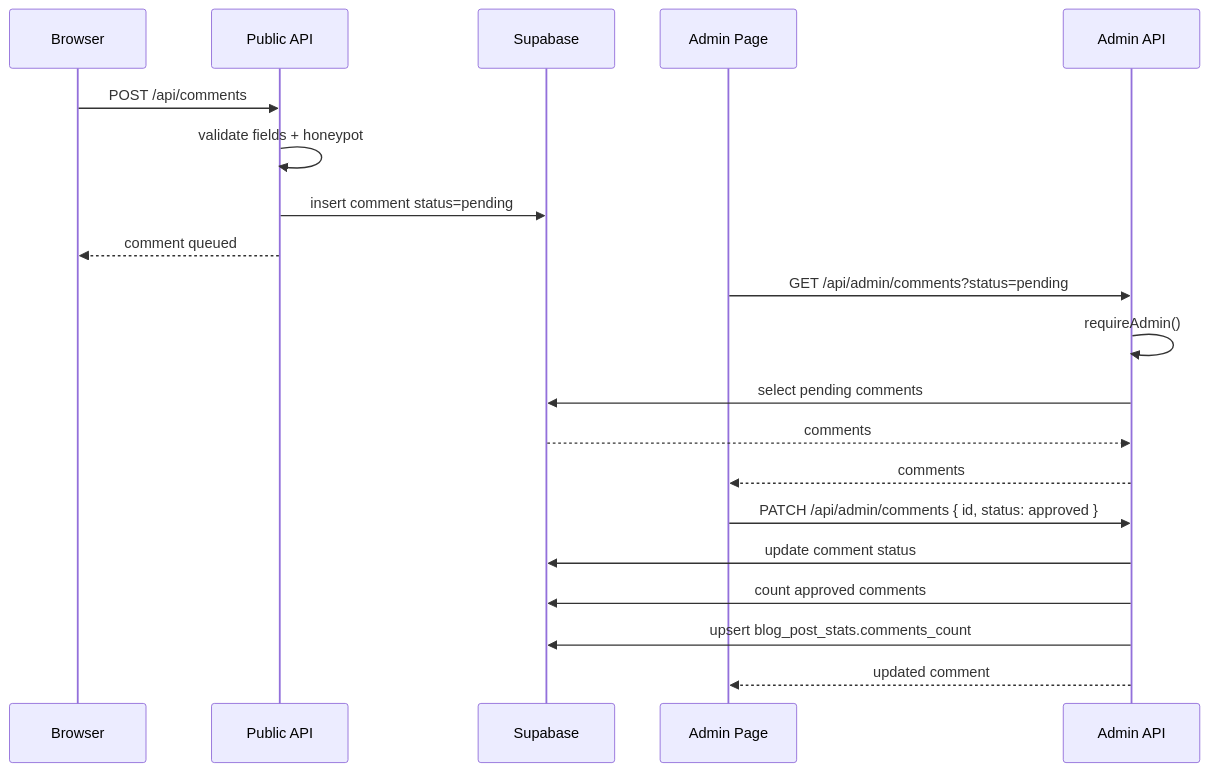
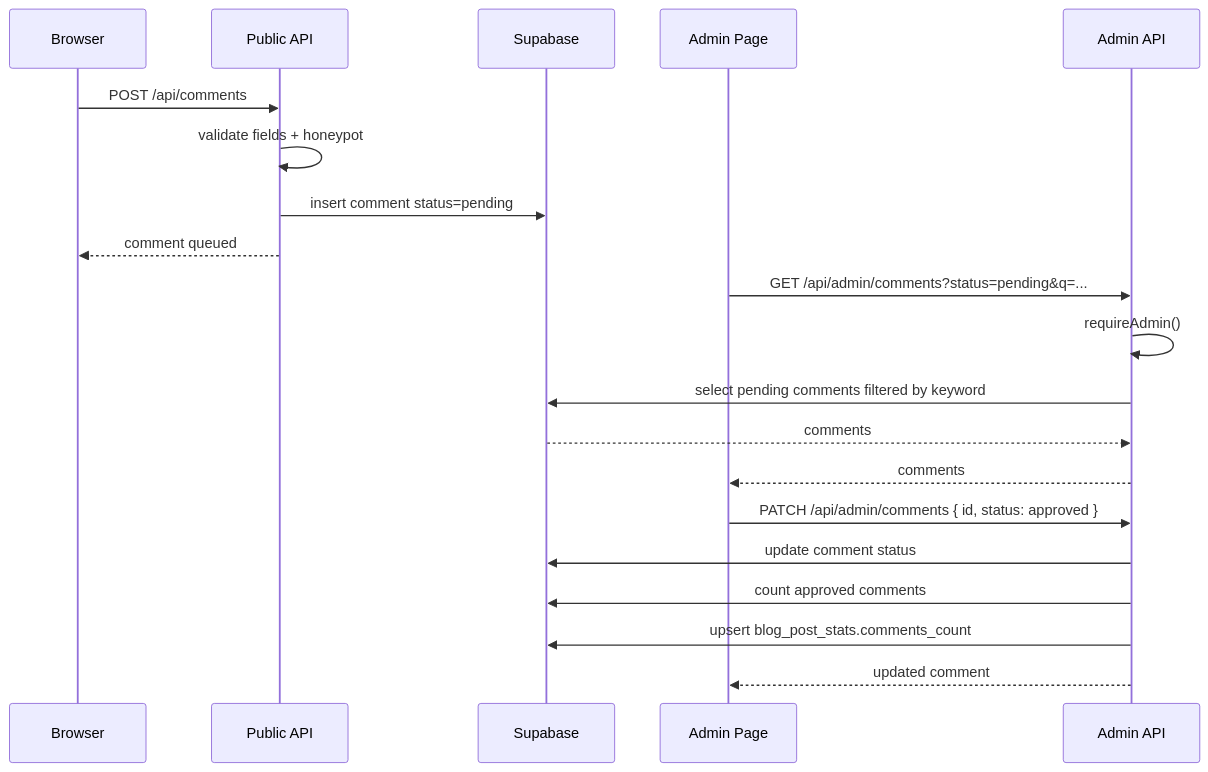
Before and after one commit to 13810284349/Personal_Blog: the fourth of 4 diagrams in docs/TECHNICAL_ARCHITECTURE.md, drawn with Mermaid. The commit also changed other lines of this file and 5 other files, not shown here.

````diff
--- a/docs/TECHNICAL_ARCHITECTURE.md
+++ b/docs/TECHNICAL_ARCHITECTURE.md
@@ -342,25 +344,25 @@
 ```mermaid
 sequenceDiagram
   participant B as Browser
   participant F as Public API
   participant DB as Supabase
   participant A as Admin Page
   participant AF as Admin API
 
   B->>F: POST /api/comments
   F->>F: validate fields + honeypot
   F->>DB: insert comment status=pending
   F-->>B: comment queued
 
-  A->>AF: GET /api/admin/comments?status=pending
+  A->>AF: GET /api/admin/comments?status=pending&q=...
   AF->>AF: requireAdmin()
-  AF->>DB: select pending comments
+  AF->>DB: select pending comments filtered by keyword
   DB-->>AF: comments
   AF-->>A: comments
 
   A->>AF: PATCH /api/admin/comments { id, status: approved }
   AF->>DB: update comment status
   AF->>DB: count approved comments
   AF->>DB: upsert blog_post_stats.comments_count
   AF-->>A: updated comment
 ```
````
